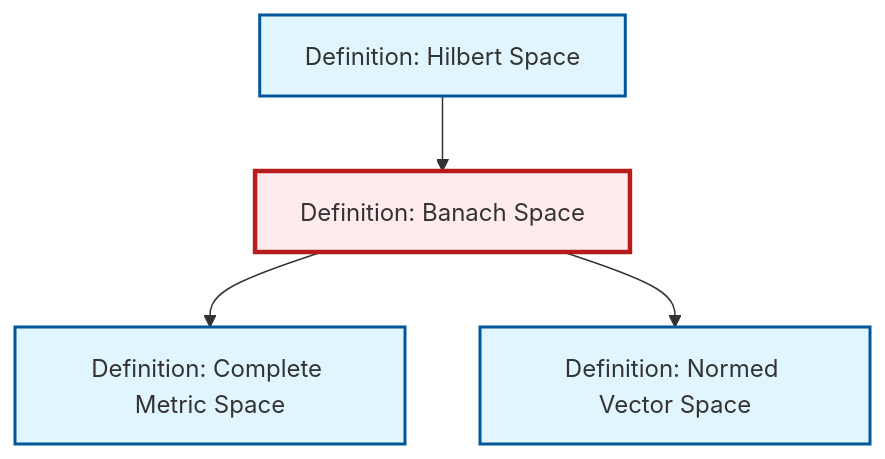
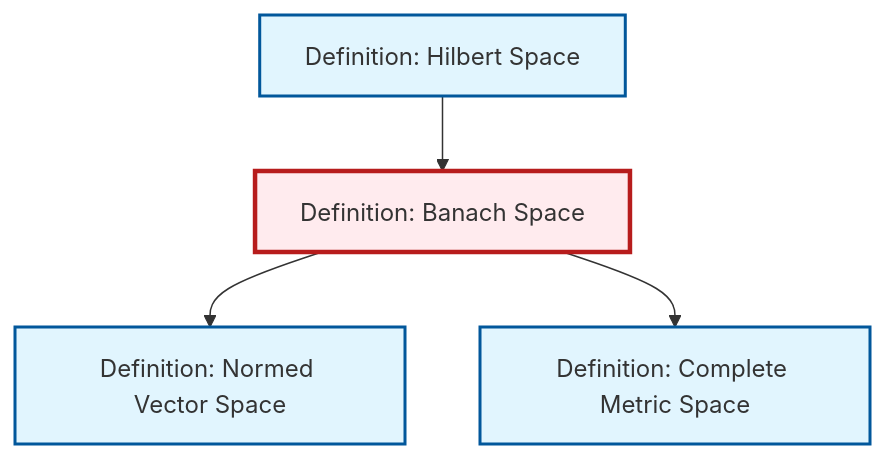
Before and after one commit to RK0429/ModernMath: the diagram in content/en/analysis/def-banach-space.qmd, drawn with Mermaid. The commit also changed other lines of this file and 654 other files, not shown here.

````diff
--- a/content/en/analysis/def-banach-space.qmd
+++ b/content/en/analysis/def-banach-space.qmd
@@ -116,20 +116,20 @@
 ```{mermaid}
 %%| fig-cap: "Local dependency graph"
 graph TD
     classDef definition fill:#e1f5fe,stroke:#01579b,stroke-width:2px
     classDef theorem fill:#f3e5f5,stroke:#4a148c,stroke-width:2px
     classDef axiom fill:#fff3e0,stroke:#e65100,stroke-width:2px
     classDef example fill:#e8f5e9,stroke:#1b5e20,stroke-width:2px
     classDef current fill:#ffebee,stroke:#b71c1c,stroke-width:3px
+    def-hilbert-space["Definition: Hilbert Space"]:::definition
     def-normed-vector-space["Definition: Normed Vector Space"]:::definition
-    def-hilbert-space["Definition: Hilbert Space"]:::definition
+    def-banach-space["Definition: Banach Space"]:::definition
     def-complete-metric-space["Definition: Complete Metric Space"]:::definition
-    def-banach-space["Definition: Banach Space"]:::definition
     def-hilbert-space --> def-banach-space
+    def-banach-space --> def-normed-vector-space
     def-banach-space --> def-complete-metric-space
-    def-banach-space --> def-normed-vector-space
     class def-banach-space current
+    click def-hilbert-space "def-hilbert-space.html" "Go to Hilbert Space definition"
     click def-normed-vector-space "def-normed-vector-space.html" "Go to Normed Vector Space definition"
-    click def-hilbert-space "def-hilbert-space.html" "Go to Hilbert Space definition"
     click def-complete-metric-space "def-complete-metric-space.html" "Go to Complete Metric Space definition"
 ```
````
